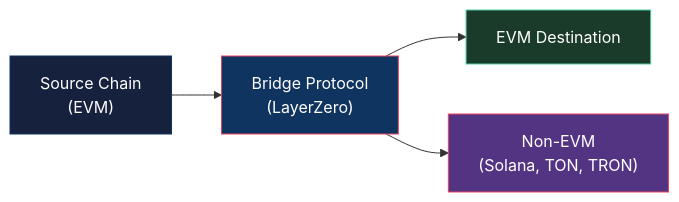
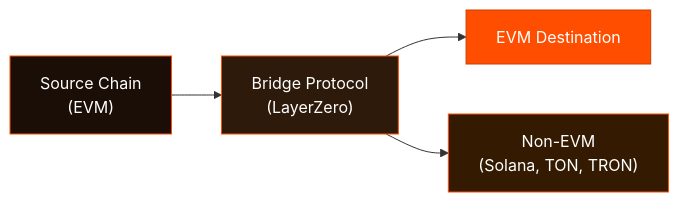
Before and after one commit to gatteo/wdk-docs: the diagram in sdk/bridge-modules/README.md, drawn with Mermaid. The commit also changed 21 other files, not shown here.

Commit message:
docs: update all mermaid diagrams to WDK branding colors (#FF4E00 orange, #080201 dark)

````diff
--- a/sdk/bridge-modules/README.md
+++ b/sdk/bridge-modules/README.md
@@ -23,10 +23,10 @@
 ```mermaid
 flowchart LR
     SRC["Source Chain\n(EVM)"] --> Bridge["Bridge Protocol\n(LayerZero)"] --> DST1["EVM Destination"]
     Bridge --> DST2["Non-EVM\n(Solana, TON, TRON)"]
 
-    style SRC fill:#16213e,stroke:#0f3460,color:#fff
-    style Bridge fill:#0f3460,stroke:#e94560,color:#fff
-    style DST1 fill:#1a3a2a,stroke:#4ecca3,color:#fff
-    style DST2 fill:#533483,stroke:#e94560,color:#fff
+    style SRC fill:#1a0e06,stroke:#FF4E00,color:#fff
+    style Bridge fill:#2d1a0a,stroke:#FF4E00,color:#fff
+    style DST1 fill:#FF4E00,stroke:#cc3e00,color:#fff
+    style DST2 fill:#331a00,stroke:#FF4E00,color:#fff
 ```
````
